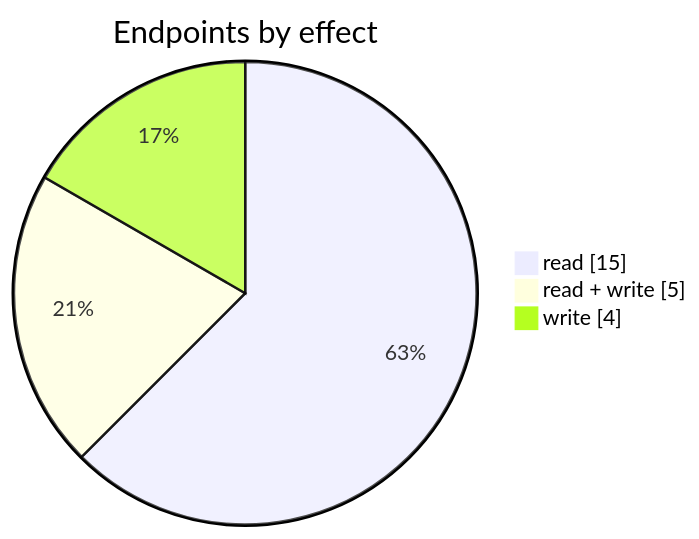
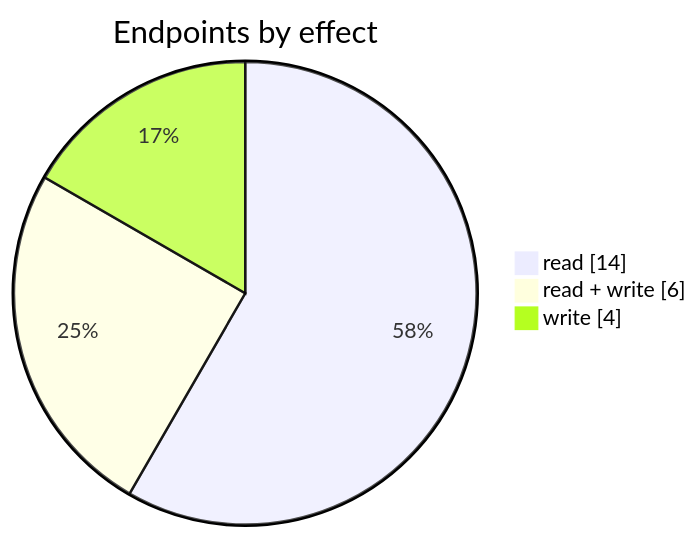
The first of 3 diagrams in modules/10-ai/README.md (fightmilk808/cin7-core-rebuild), drawn with Mermaid before and after one commit. The commit also changed other lines of this file and 17 other files, not shown here.

````diff
--- a/modules/10-ai/README.md
+++ b/modules/10-ai/README.md
@@ -11,6 +11,6 @@
 ```mermaid
 pie showData title Endpoints by effect
-    "read" : 15
-    "read + write" : 5
+    "read" : 14
+    "read + write" : 6
     "write" : 4
 ```
````
